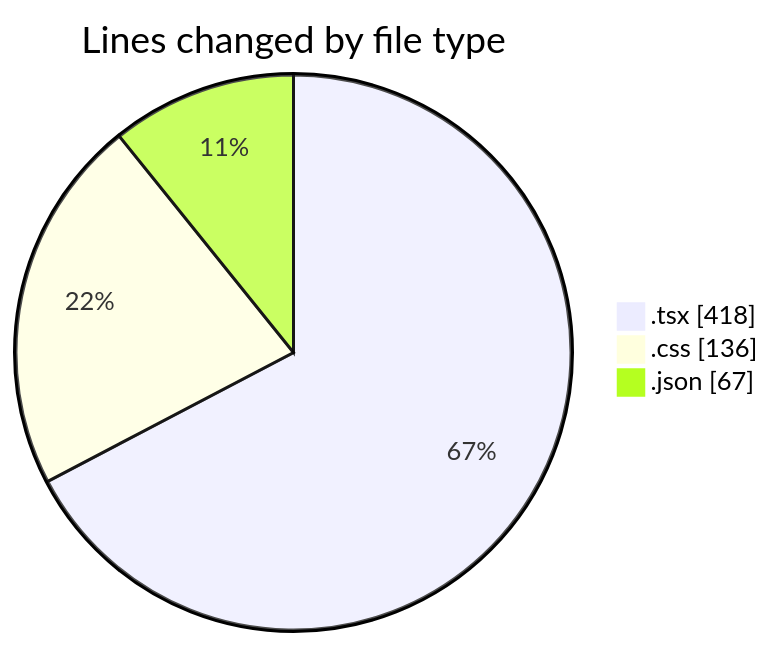
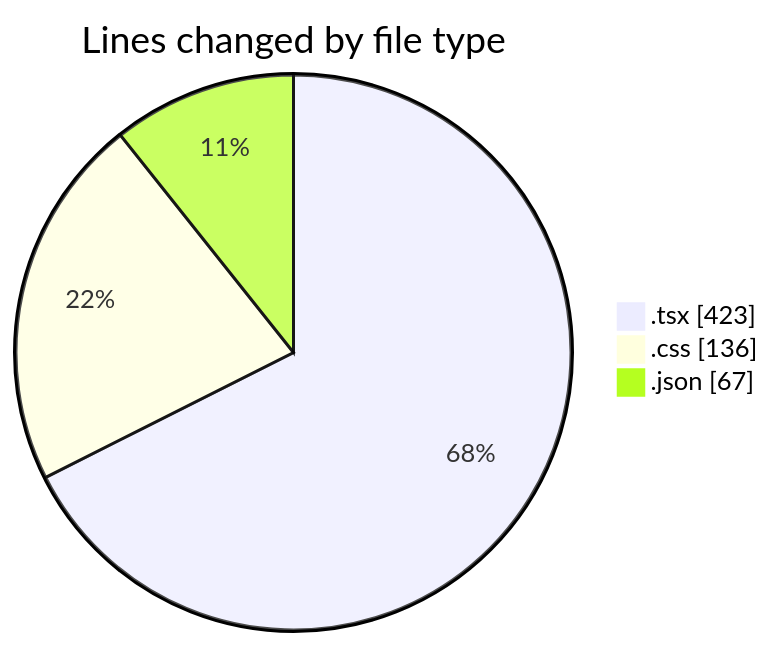
The first of 2 diagrams in 2025-01-08/mbc-web/README.md (robertbonfada/code-tracking), drawn with Mermaid before and after one commit. The commit also changed other lines of this file and 1 other file, not shown here.

````diff
--- a/2025-01-08/mbc-web/README.md
+++ b/2025-01-08/mbc-web/README.md
@@ -32,7 +32,7 @@
 ```mermaid
 pie showData
 title Lines changed by file type
-".tsx" : 418
+".tsx" : 423
 ".css" : 136
 ".json" : 67
 ```
````
